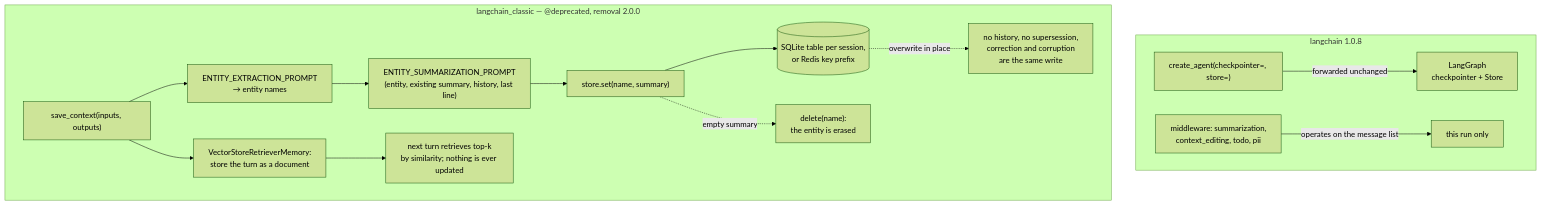
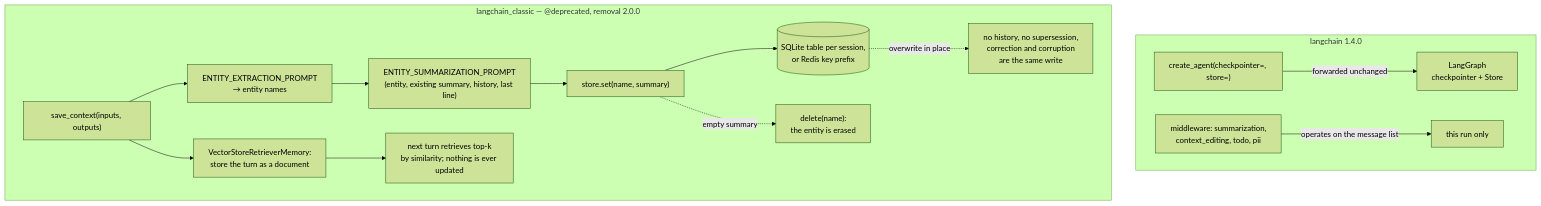
Before and after one commit to neoneye/agent-memory-atlas: the diagram in content/systems/langchain.md, drawn with Mermaid (forest theme). The commit also changed other lines of this file and 7 other files, not shown here.

````diff
--- a/content/systems/langchain.md
+++ b/content/systems/langchain.md
@@ -127,19 +127,19 @@
 ```mermaid
 %% caption: version 1 forwards memory to another package; the deprecated one overwrites a single slot per entity
 flowchart TB
-    subgraph V1["langchain 1.0.8"]
+    subgraph V1["langchain 1.4.0"]
       Agent["create_agent(checkpointer=, store=)"] -->|"forwarded unchanged"| LG["LangGraph<br/>checkpointer + Store"]
       Mid["middleware: summarization,<br/>context_editing, todo, pii"] -->|"operates on the message list"| Run["this run only"]
     end
 
     subgraph Classic["langchain_classic — @deprecated, removal 2.0.0"]
       Turn["save_context(inputs, outputs)"] --> Ext["ENTITY_EXTRACTION_PROMPT<br/>→ entity names"]
       Ext --> Sum["ENTITY_SUMMARIZATION_PROMPT<br/>(entity, existing summary, history, last line)"]
       Sum --> Set["store.set(name, summary)"]
       Set --> Store[("SQLite table per session,<br/>or Redis key prefix")]
       Set -.->|"empty summary"| Del["delete(name):<br/>the entity is erased"]
       Store -.->|"overwrite in place"| NoHist["no history, no supersession,<br/>correction and corruption<br/>are the same write"]
       Turn --> Vec["VectorStoreRetrieverMemory:<br/>store the turn as a document"]
       Vec --> Top["next turn retrieves top-k<br/>by similarity; nothing is ever updated"]
     end
 ```
````
